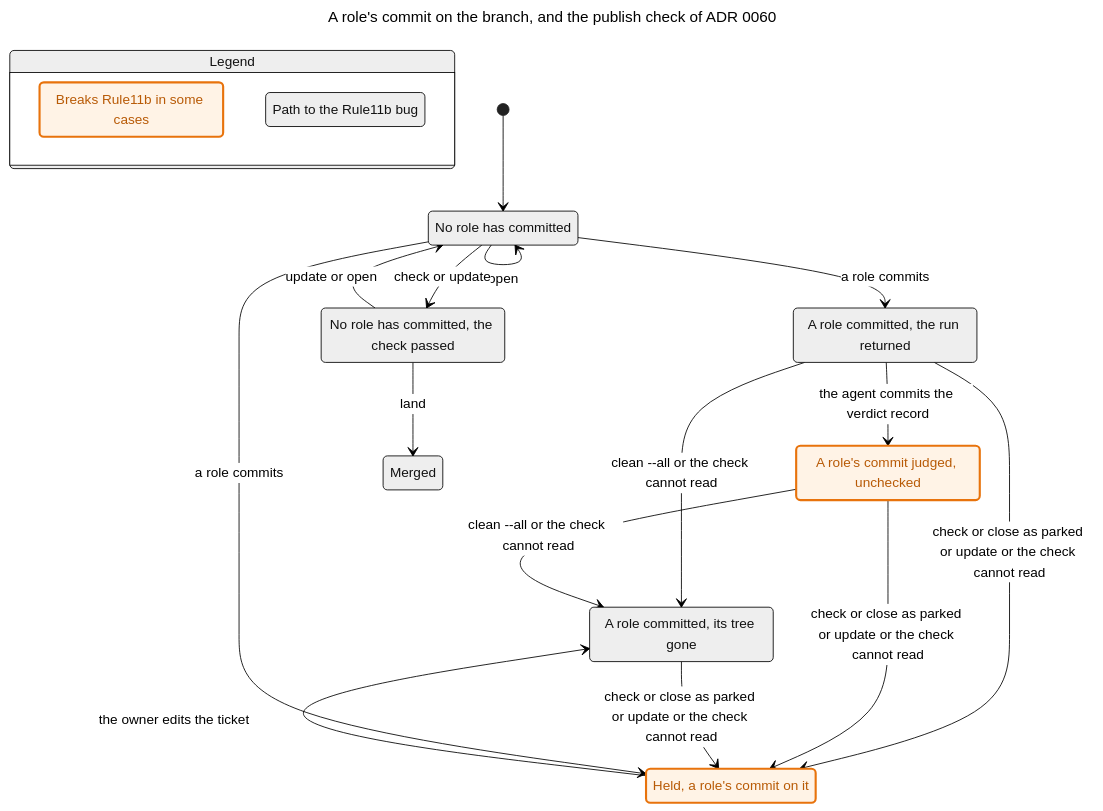
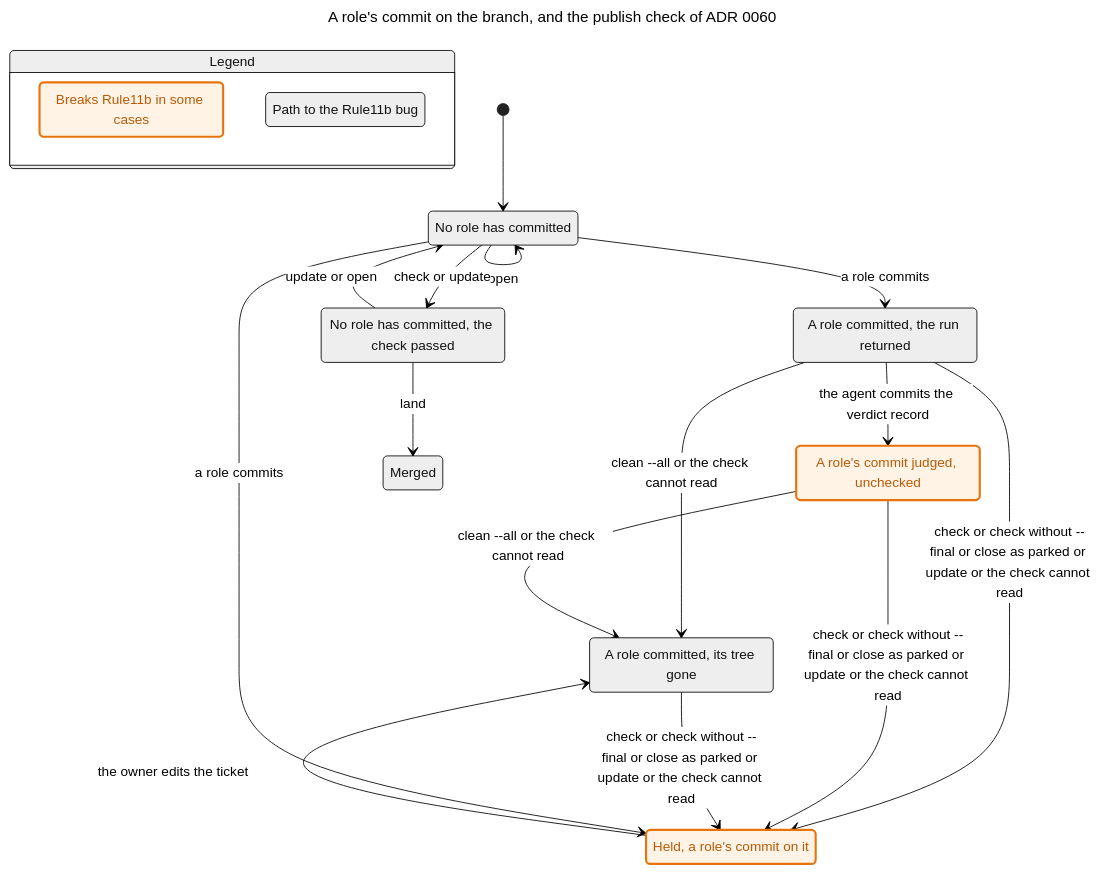
The second of 11 diagrams in docs/model/drain.md (Simon-GitHub-Code/ratchet), drawn with Mermaid (neutral theme) before and after one commit. The commit also changed other lines of this file and 1 other file, not shown here.

First line of the commit message:
docs(model): the drain page holds the check without --final

````diff
--- a/docs/model/drain.md
+++ b/docs/model/drain.md
@@ -286,39 +286,39 @@
 ```mermaid
 ---
 title: "A role's commit on the branch, and the publish check of ADR 0060"
 ---
 stateDiagram-v2
   state "Legend" as legend {
     lg0: Breaks Rule11b in some cases
     lg1: Path to the Rule11b bug
   }
   class lg0 mayBreak
   class lg1 bugPath
   s0: No role has committed
   s1: No role has committed, the check passed
   s2: A role committed, the run returned
   s3: A role's commit judged, unchecked
   s4: A role committed, its tree gone
   s5: Held, a role's commit on it
   s6: Merged
   [*] --> s0
   s0 --> s0: open
   s0 --> s1: check or update
   s0 --> s2: a role commits
   s2 --> s3: the agent commits the verdict record
   s2 --> s4: clean --all or the check cannot read
-  s2 --> s5: check or close as parked or update or the check cannot read
+  s2 --> s5: check or check without --final or close as parked or update or the check cannot read
   s1 --> s0: update or open
   s3 --> s4: clean --all or the check cannot read
-  s3 --> s5: check or close as parked or update or the check cannot read
-  s4 --> s5: check or close as parked or update or the check cannot read
+  s3 --> s5: check or check without --final or close as parked or update or the check cannot read
+  s4 --> s5: check or check without --final or close as parked or update or the check cannot read
   s5 --> s4: the owner edits the ticket
   s1 --> s6: land
   s0 --> s5: a role commits
   classDef mayBreak fill:#fff3e6,stroke:#e8730c,stroke-width:2.5px,color:#b85a06
   class s0 bugPath
   class s2 bugPath
   class s3 mayBreak
   class s3 bugPath
   class s5 mayBreak
 ```
````
